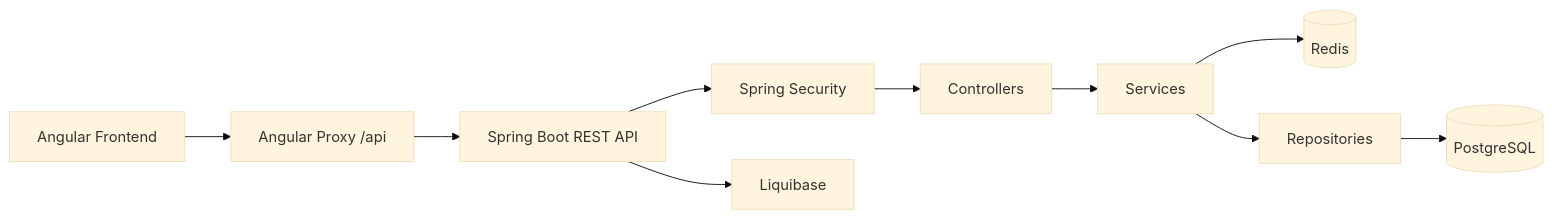
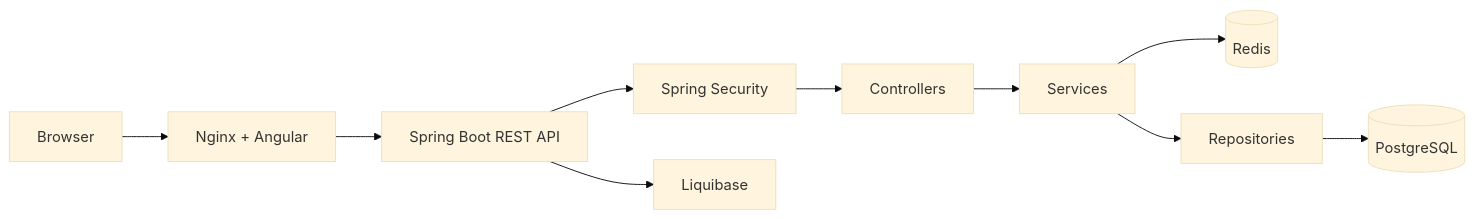
Before and after one commit to denis2224-dev/E-Commerce: the diagram in README.md, drawn with Mermaid (base theme). The commit also changed other lines of this file, not shown here.

````diff
--- a/README.md
+++ b/README.md
@@ -57,12 +60,12 @@
 ```mermaid
 flowchart LR
-    Browser[Angular Frontend] --> Proxy[Angular Proxy /api]
-    Proxy --> API[Spring Boot REST API]
+    Browser[Browser] --> Frontend[Nginx + Angular]
+    Frontend --> API[Spring Boot REST API]
     API --> Security[Spring Security]
     Security --> Controllers[Controllers]
     Controllers --> Services[Services]
     Services --> Cache[(Redis)]
     Services --> Repositories[Repositories]
     Repositories --> DB[(PostgreSQL)]
     API --> Liquibase[Liquibase]
 ```
````
